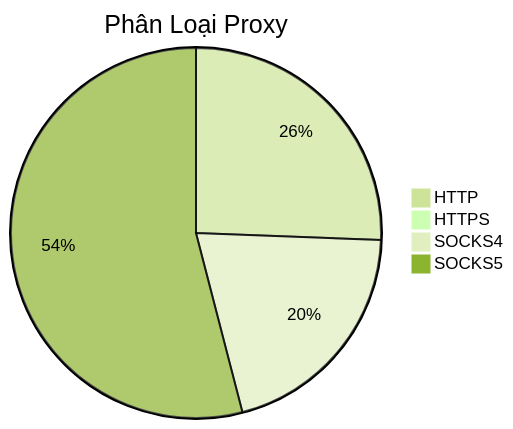
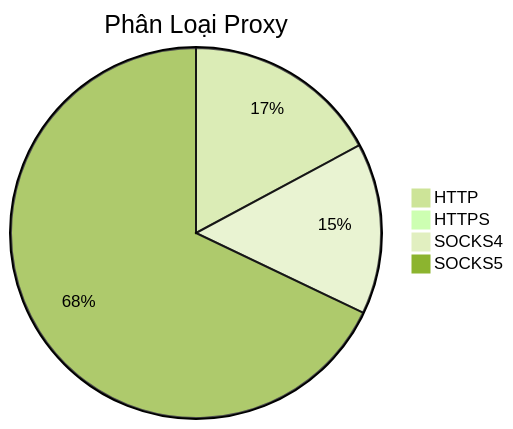
Before and after one commit to Ciara-Aa/PROXY-free: the diagram in README.md, drawn with Mermaid (forest theme). The commit also changed other lines of this file and 4 other files, not shown here.

````diff
--- a/README.md
+++ b/README.md
@@ -26,7 +26,7 @@
 ```mermaid
 pie title Phân Loại Proxy
-    "HTTP" : 387
-    "HTTPS" : 4
-    "SOCKS4" : 308
-    "SOCKS5" : 817
+    "HTTP" : 316
+    "HTTPS" : 2
+    "SOCKS4" : 275
+    "SOCKS5" : 1251
 ```
````
